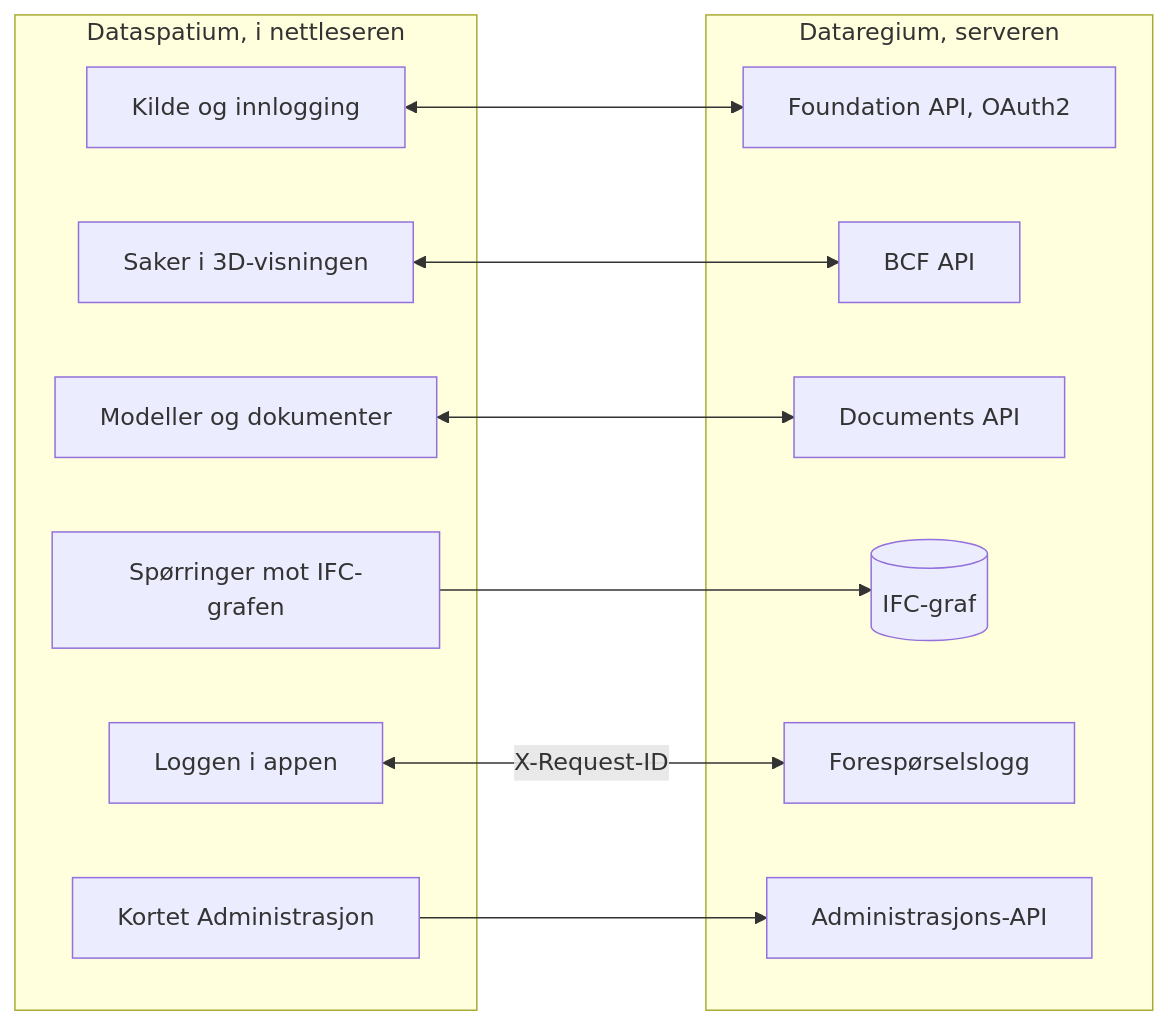
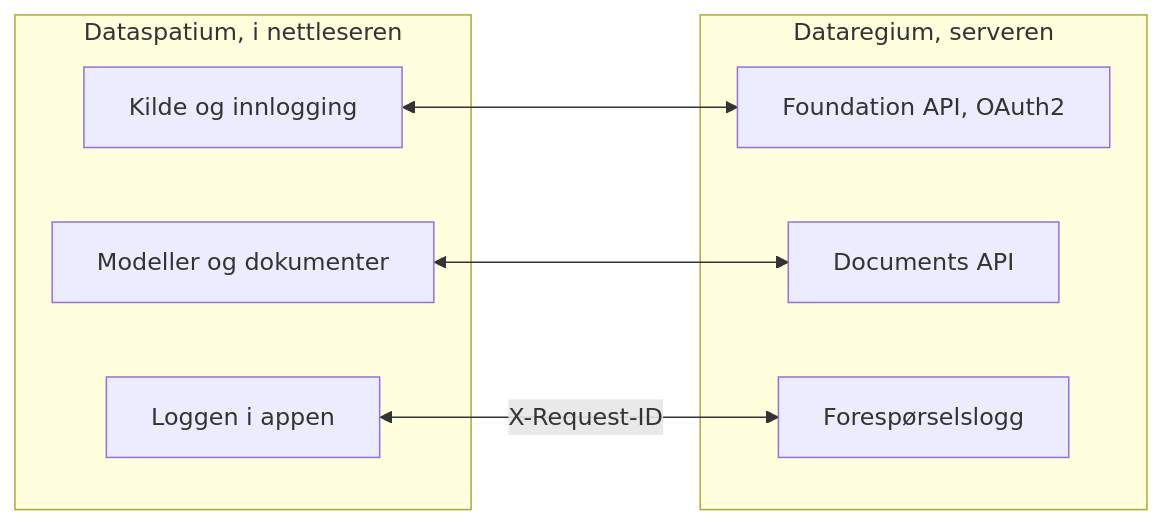
One commit to marwiss/Kontroll changed the diagram in docs/nb/README.md. Above: the diagram before and after it, drawn with Mermaid. The commit also changed other lines of this file and 6 other files, not shown here.

````diff
--- a/docs/nb/README.md
+++ b/docs/nb/README.md
@@ -333,25 +317,16 @@
 ```mermaid
 flowchart LR
     subgraph app ["Dataspatium, i nettleseren"]
         source["Kilde og innlogging"]
-        issues["Saker i 3D-visningen"]
         files["Modeller og dokumenter"]
-        queries["Spørringer mot IFC-grafen"]
         log["Loggen i appen"]
-        admin["Kortet Administrasjon"]
     end
     subgraph server ["Dataregium, serveren"]
         foundation["Foundation API, OAuth2"]
-        bcf["BCF API"]
         documents["Documents API"]
-        ifcgraph[("IFC-graf")]
         requests["Forespørselslogg"]
-        adminapi["Administrasjons-API"]
     end
     source <--> foundation
-    issues <--> bcf
     files <--> documents
-    queries --> ifcgraph
     log <-- "X-Request-ID" --> requests
-    admin --> adminapi
 ```
````
